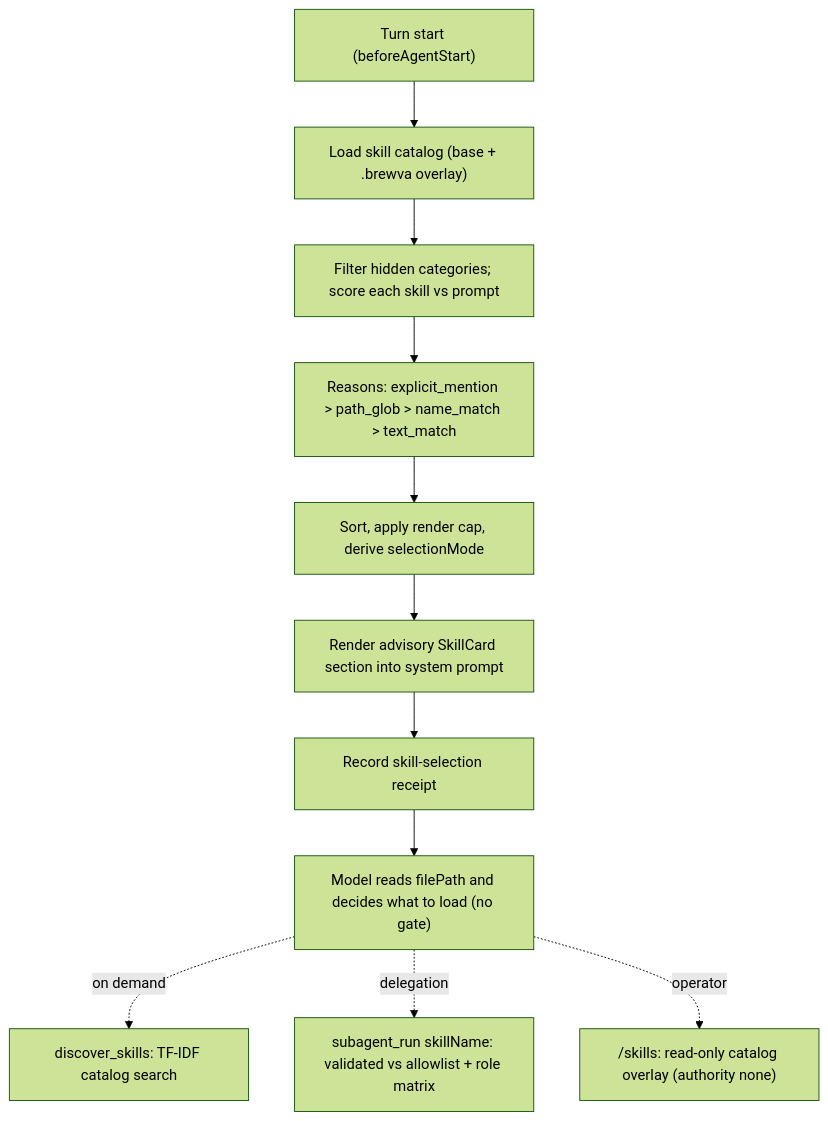
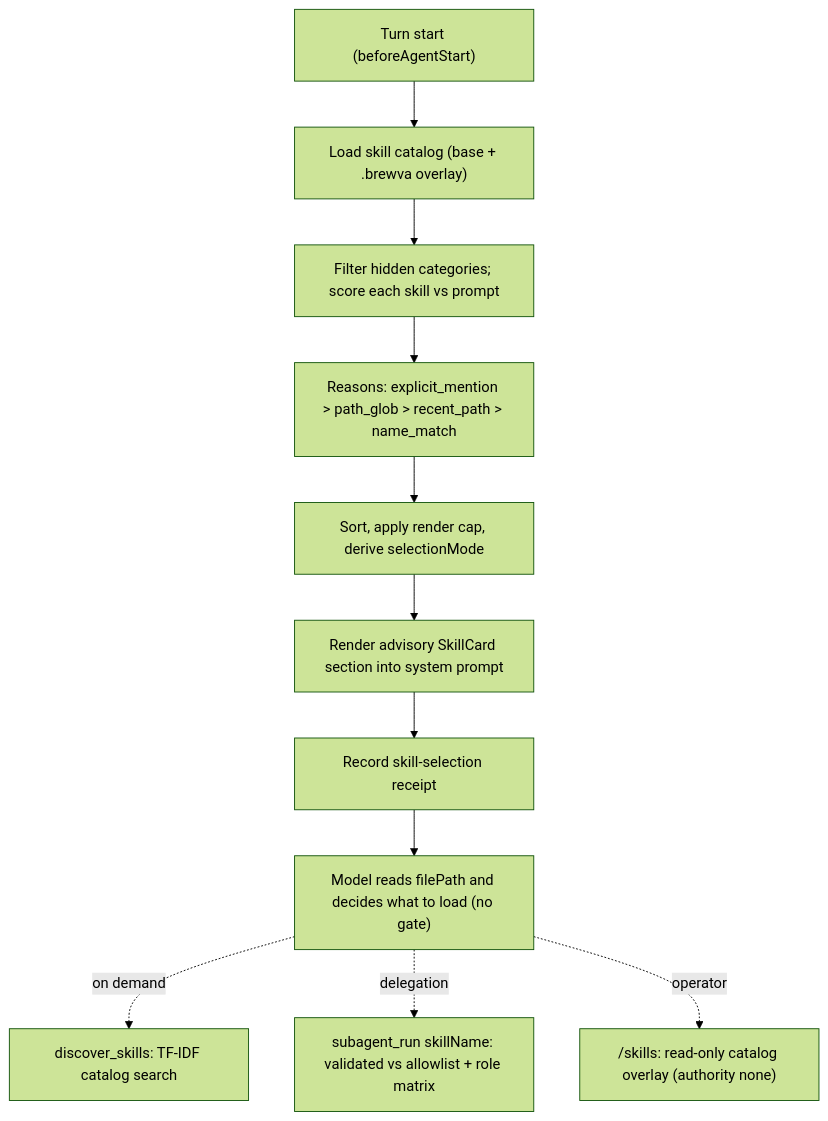
Before and after one commit to arcthur/brewva: the diagram in docs/journeys/operator/skill-routing-and-activation.md, drawn with Mermaid (forest theme). The commit also changed other lines of this file and 12 other files, not shown here.

````diff
--- a/docs/journeys/operator/skill-routing-and-activation.md
+++ b/docs/journeys/operator/skill-routing-and-activation.md
@@ -57,13 +57,13 @@
 ```mermaid
 flowchart TD
   A["Turn start (beforeAgentStart)"] --> B["Load skill catalog (base + .brewva overlay)"]
   B --> C["Filter hidden categories; score each skill vs prompt"]
-  C --> D["Reasons: explicit_mention > path_glob > name_match > text_match"]
+  C --> D["Reasons: explicit_mention > path_glob > recent_path > name_match"]
   D --> E["Sort, apply render cap, derive selectionMode"]
   E --> F["Render advisory SkillCard section into system prompt"]
   F --> G["Record skill-selection receipt"]
   G --> H["Model reads filePath and decides what to load (no gate)"]
   H -.->|on demand| I["discover_skills: TF-IDF catalog search"]
   H -.->|delegation| J["subagent_run skillName: validated vs allowlist + role matrix"]
   H -.->|operator| K["/skills: read-only catalog overlay (authority none)"]
 ```
````
